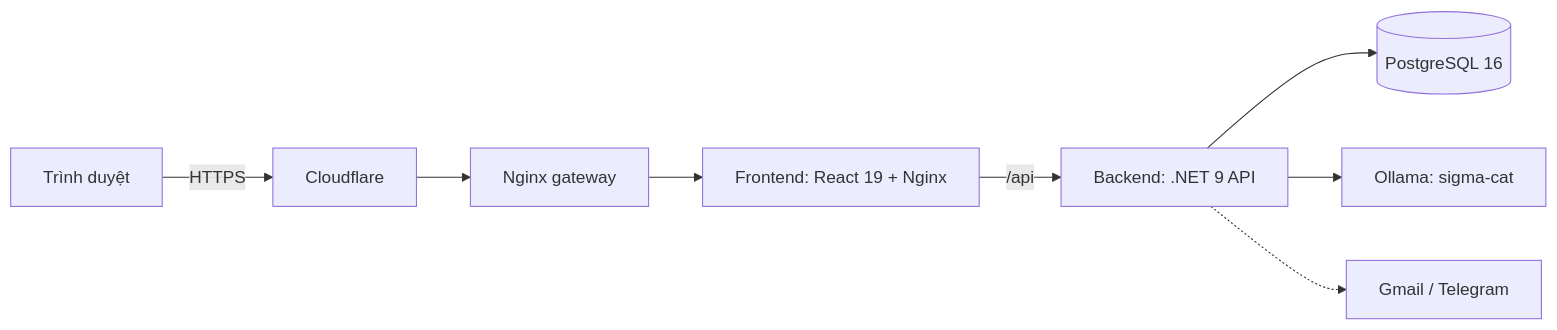
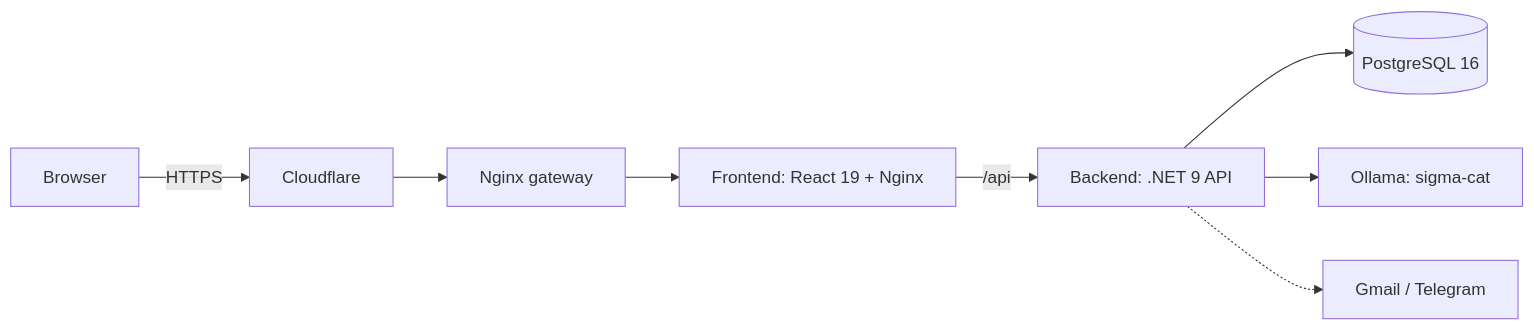
The diagram in README.md (VyKhoi/Portfolio), drawn with Mermaid before and after one commit. The commit also changed other lines of this file and 4 other files, not shown here.

````diff
--- a/README.md
+++ b/README.md
@@ -23,10 +23,10 @@
 ```mermaid
 graph LR
-    U["Trình duyệt"] -->|"HTTPS"| CF["Cloudflare"]
+    U["Browser"] -->|"HTTPS"| CF["Cloudflare"]
     CF --> GW["Nginx gateway"]
     GW --> FE["Frontend: React 19 + Nginx"]
     FE -->|"/api"| BE["Backend: .NET 9 API"]
     BE --> DB[("PostgreSQL 16")]
     BE --> AI["Ollama: sigma-cat"]
     BE -.-> N["Gmail / Telegram"]
 ```
````
